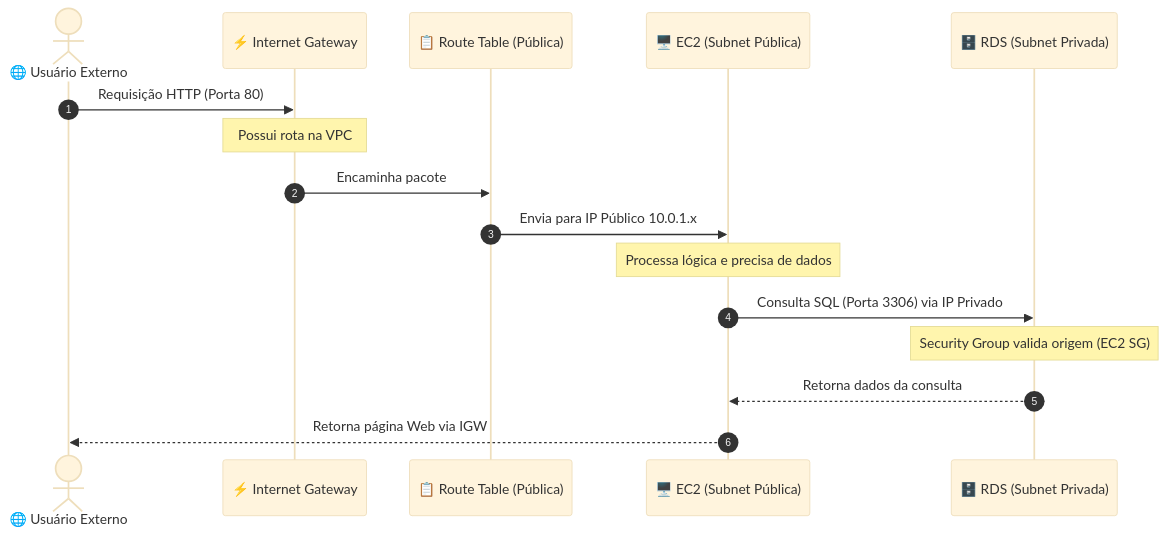
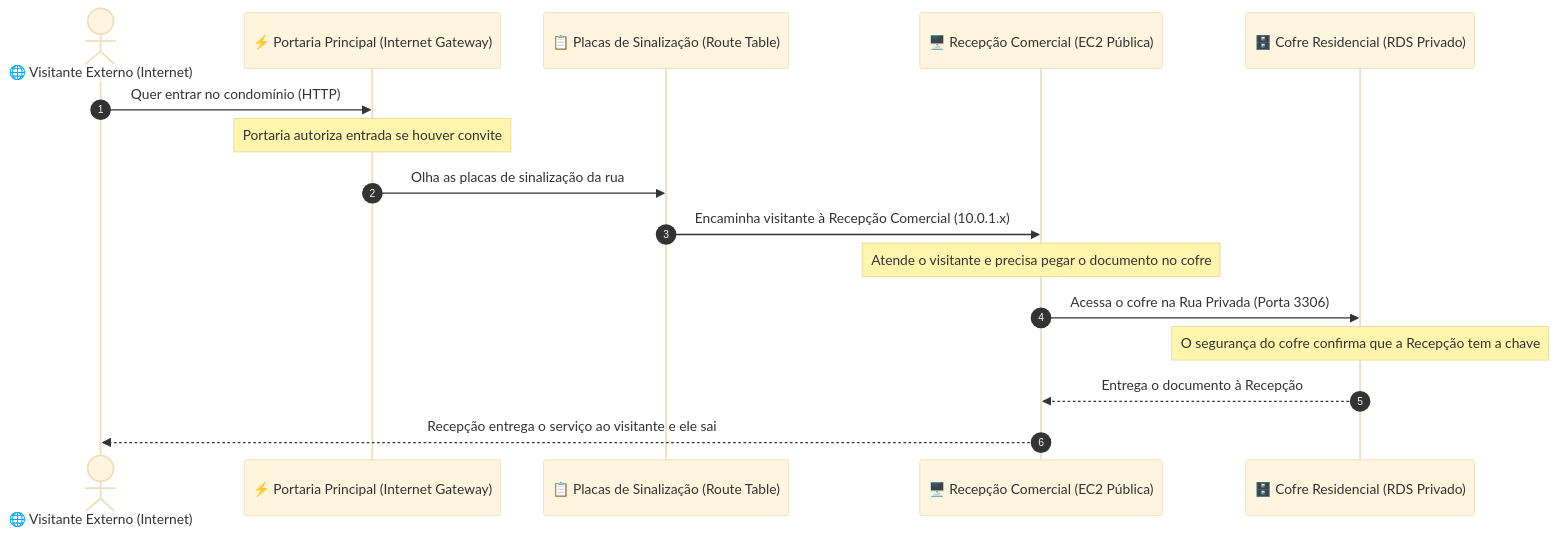
Before and after one commit to rofilho/cloud: the second of 2 diagrams in content/Aula 13t - Teorica - VPC e Redes na Nuvem.md, drawn with Mermaid (base theme). The commit also changed other lines of this file, not shown here.

Commit message:
pedagogy: contextualiza VPC com analogia do condominio fechado para alunos sem base em redes

````diff
--- a/content/Aula 13t - Teorica - VPC e Redes na Nuvem.md
+++ b/content/Aula 13t - Teorica - VPC e Redes na Nuvem.md
@@ -128,19 +130,19 @@
 ```mermaid
 sequenceDiagram
     autonumber
-    actor Cliente as 🌐 Usuário Externo
-    participant IGW as ⚡ Internet Gateway
-    participant RT as 📋 Route Table (Pública)
-    participant EC2 as 🖥️ EC2 (Subnet Pública)
-    participant RDS as 🗄️ RDS (Subnet Privada)
+    actor Cliente as 🌐 Visitante Externo (Internet)
+    participant IGW as ⚡ Portaria Principal (Internet Gateway)
+    participant RT as 📋 Placas de Sinalização (Route Table)
+    participant EC2 as 🖥️ Recepção Comercial (EC2 Pública)
+    participant RDS as 🗄️ Cofre Residencial (RDS Privado)
 
-    Cliente->>IGW: Requisição HTTP (Porta 80)
-    Note over IGW: Possui rota na VPC
-    IGW->>RT: Encaminha pacote
-    RT->>EC2: Envia para IP Público 10.0.1.x
-    Note over EC2: Processa lógica e precisa de dados
-    EC2->>RDS: Consulta SQL (Porta 3306) via IP Privado
-    Note over RDS: Security Group valida origem (EC2 SG)
-    RDS-->>EC2: Retorna dados da consulta
-    EC2-->>Cliente: Retorna página Web via IGW
+    Cliente->>IGW: Quer entrar no condomínio (HTTP)
+    Note over IGW: Portaria autoriza entrada se houver convite
+    IGW->>RT: Olha as placas de sinalização da rua
+    RT->>EC2: Encaminha visitante à Recepção Comercial (10.0.1.x)
+    Note over EC2: Atende o visitante e precisa pegar o documento no cofre
+    EC2->>RDS: Acessa o cofre na Rua Privada (Porta 3306)
+    Note over RDS: O segurança do cofre confirma que a Recepção tem a chave
+    RDS-->>EC2: Entrega o documento à Recepção
+    EC2-->>Cliente: Recepção entrega o serviço ao visitante e ele sai
 ```
````
